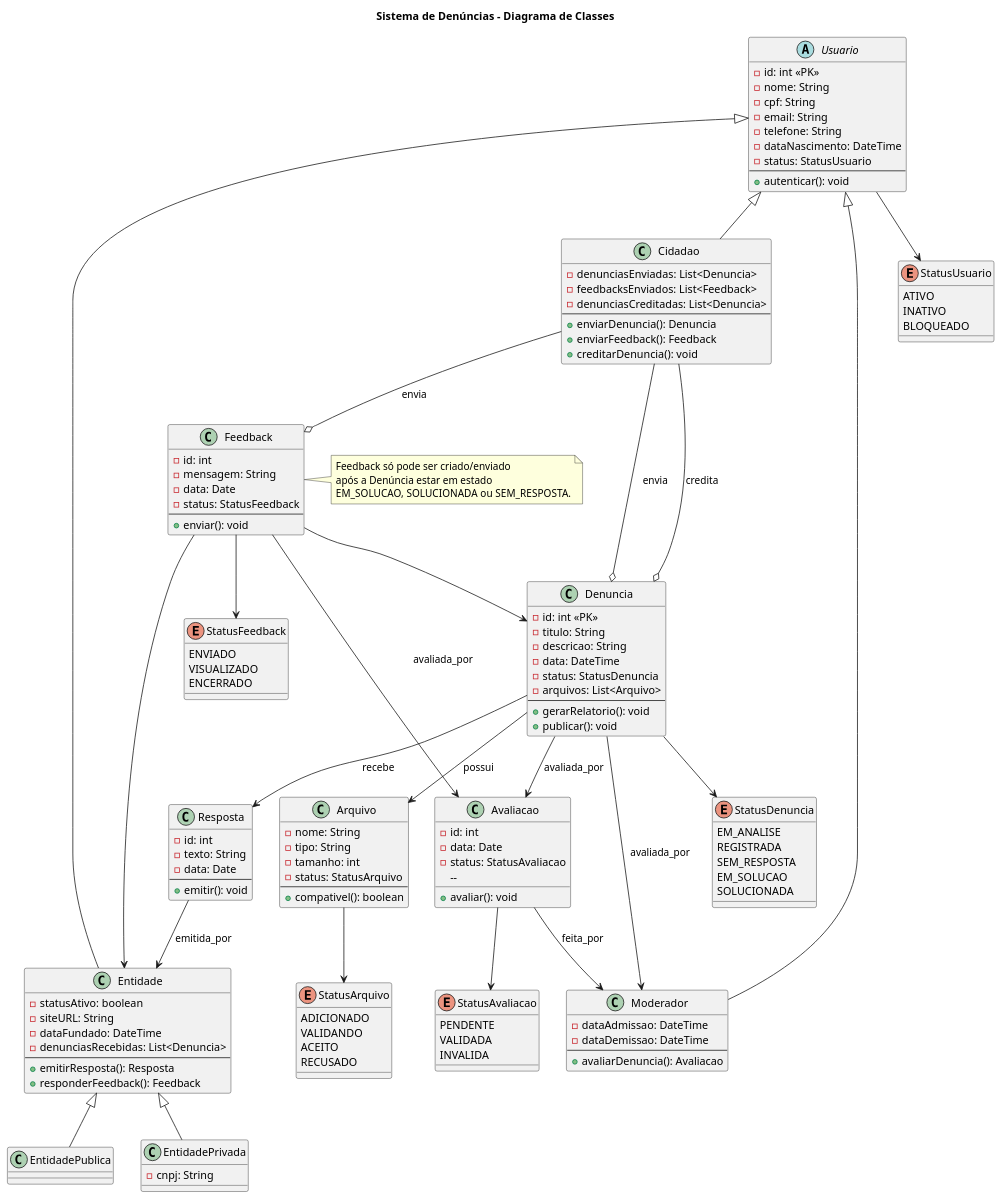
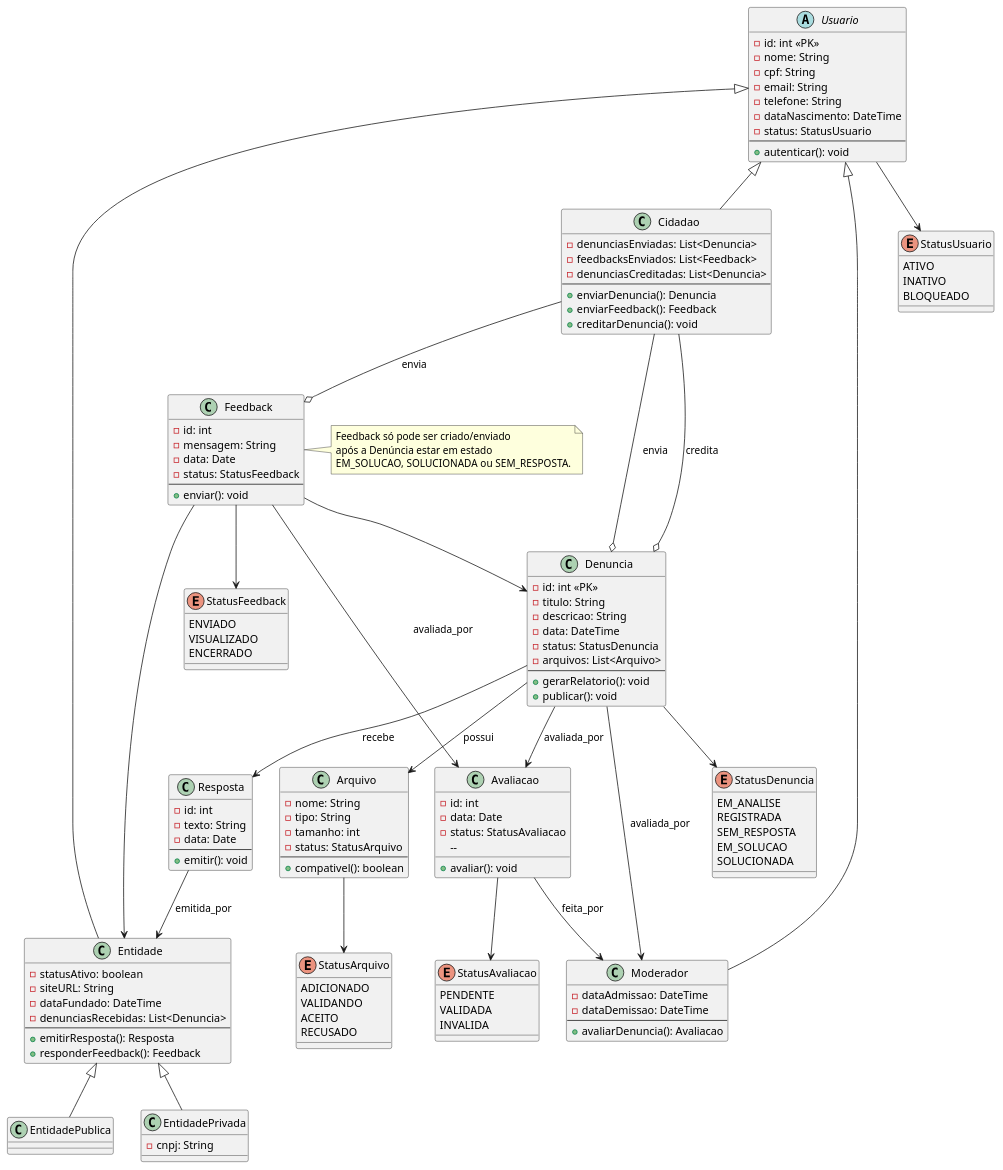
Before and after one commit to rafa-alves6/Reclama.se-AOO: the second of 2 diagrams in modelos/readme.md, drawn with PlantUML.

````diff
--- a/modelos/readme.md
+++ b/modelos/readme.md
@@ -69,6 +69,5 @@
 ```plantuml
 @startuml
-title Sistema de Denúncias - Diagrama de Classes
 
 abstract class Usuario {
   - id: int <<PK>>
````
